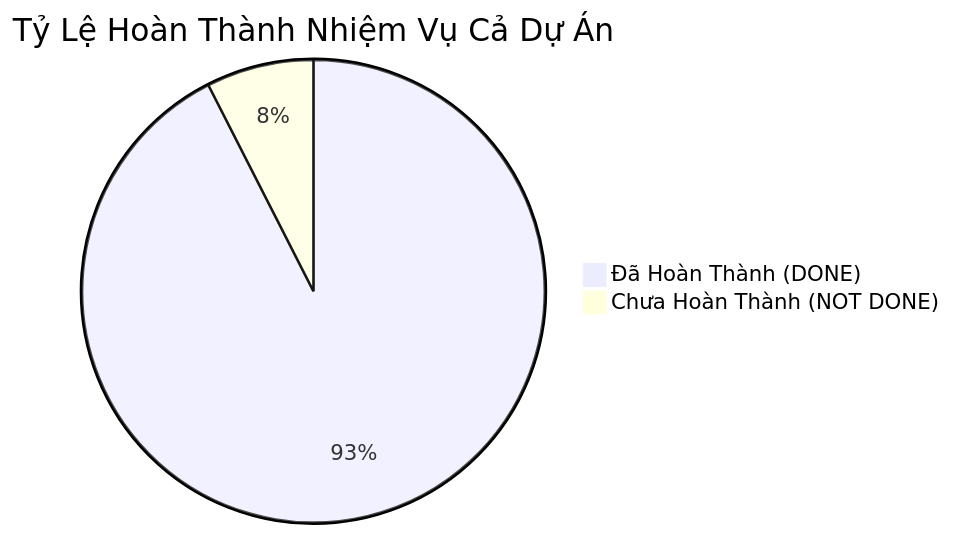
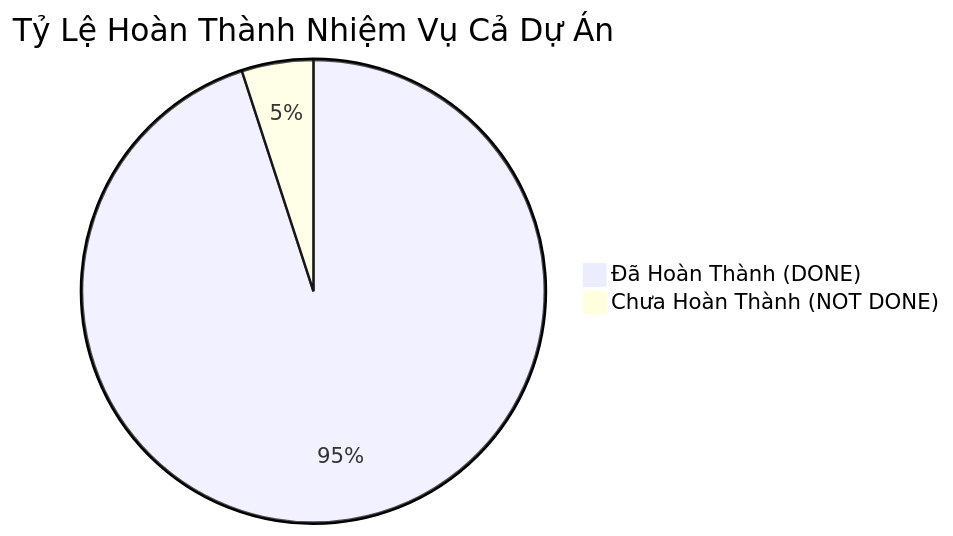
Before and after one commit to phattvh/DataStructure_ATM-Project: the first of 2 diagrams in docs/TIEN_DO_CONG_VIEC.md, drawn with Mermaid. The commit also changed other lines of this file, not shown here.

Commit message:
docs(progress): mark Task B12 as DONE (38/40 tasks complete - 95%)

````diff
--- a/docs/TIEN_DO_CONG_VIEC.md
+++ b/docs/TIEN_DO_CONG_VIEC.md
@@ -10,5 +10,5 @@
 ```mermaid
 pie title Tỷ Lệ Hoàn Thành Nhiệm Vụ Cả Dự Án
-    "Đã Hoàn Thành (DONE)" : 37
-    "Chưa Hoàn Thành (NOT DONE)" : 3
+    "Đã Hoàn Thành (DONE)" : 38
+    "Chưa Hoàn Thành (NOT DONE)" : 2
 ```
````
